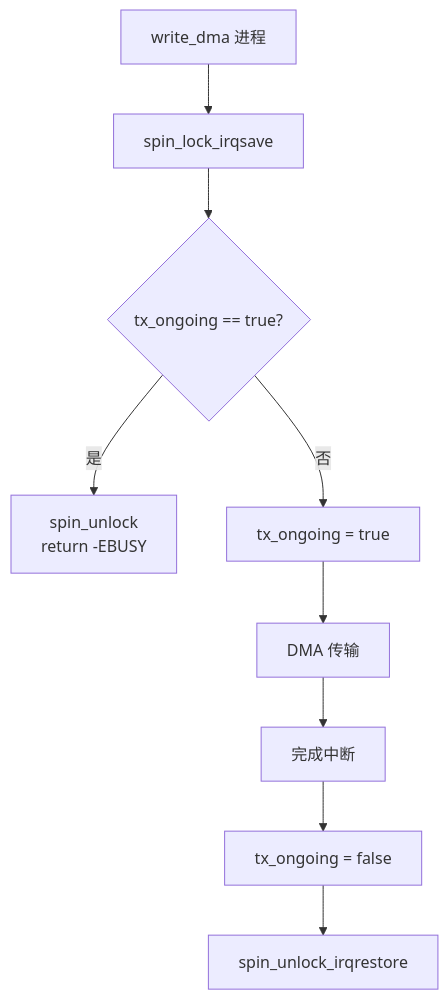
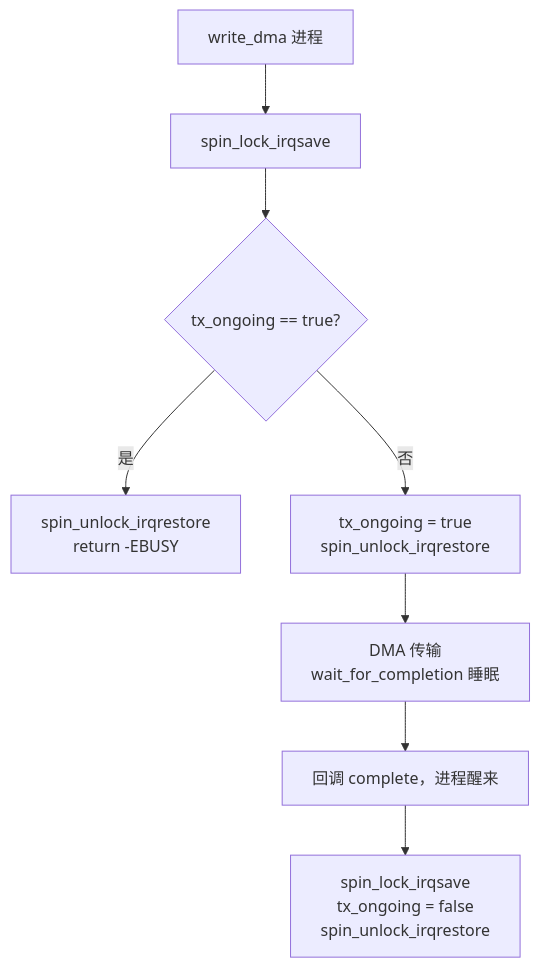
One commit to 2549227674/linux-kernel-driver-labs changed the fourth of 5 diagrams in 10-DMA/docs/README.md. Above: the diagram before and after it, drawn with Mermaid. The commit also changed other lines of this file and 16 other files, not shown here.

````diff
--- a/10-DMA/docs/README.md
+++ b/10-DMA/docs/README.md
@@ -77,11 +77,10 @@
 ```mermaid
 graph TD
     A["write_dma 进程"] --> B["spin_lock_irqsave"]
     B --> C{"tx_ongoing == true?"}
-    C -->|是| D["spin_unlock<br>return -EBUSY"]
-    C -->|否| E["tx_ongoing = true"]
-    E --> F["DMA 传输"]
-    F --> G["完成中断"]
-    G --> H["tx_ongoing = false"]
-    H --> I["spin_unlock_irqrestore"]
+    C -->|是| D["spin_unlock_irqrestore<br>return -EBUSY"]
+    C -->|否| E["tx_ongoing = true<br>spin_unlock_irqrestore"]
+    E --> F["DMA 传输<br>wait_for_completion 睡眠"]
+    F --> G["回调 complete，进程醒来"]
+    G --> H["spin_lock_irqsave<br>tx_ongoing = false<br>spin_unlock_irqrestore"]
 ```
````
